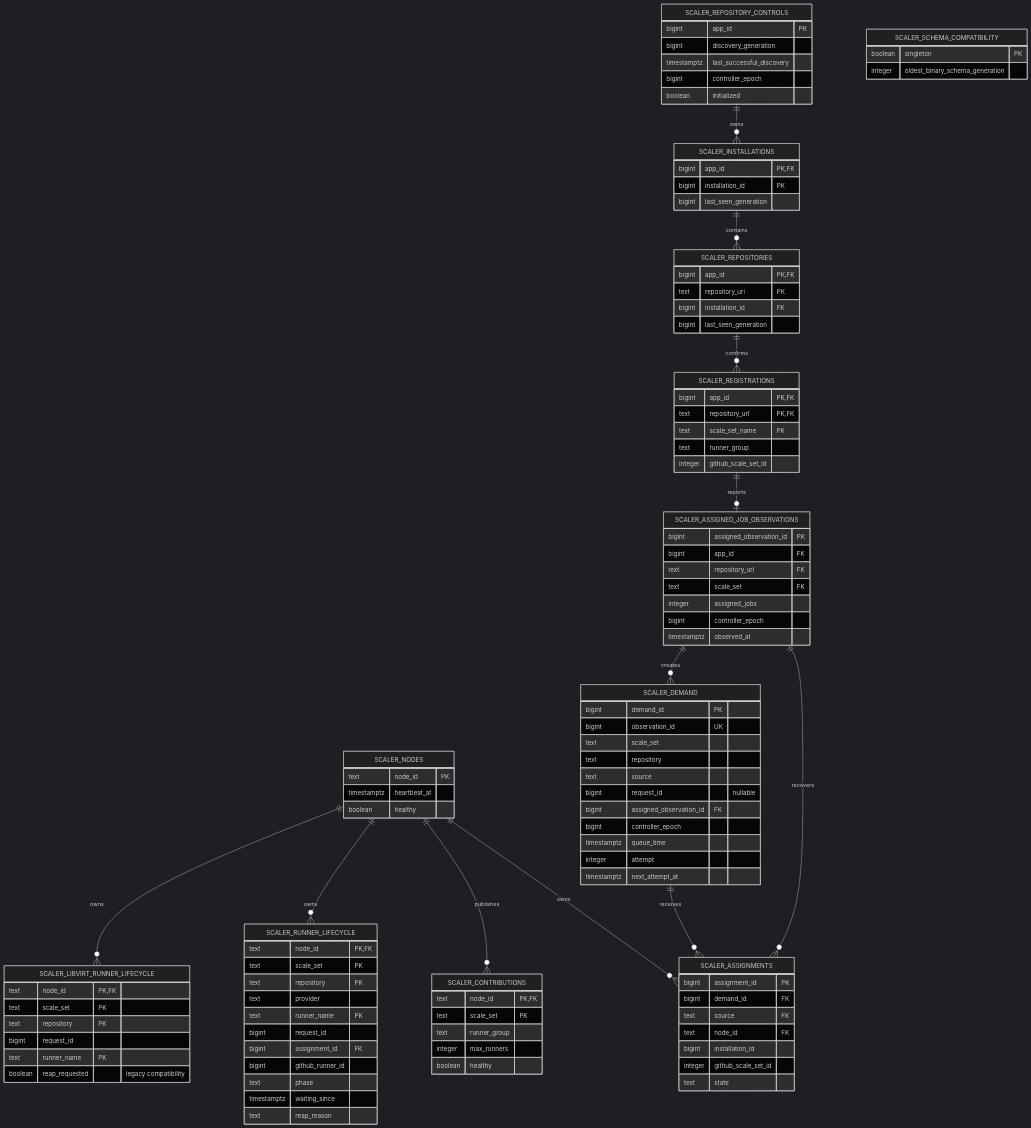
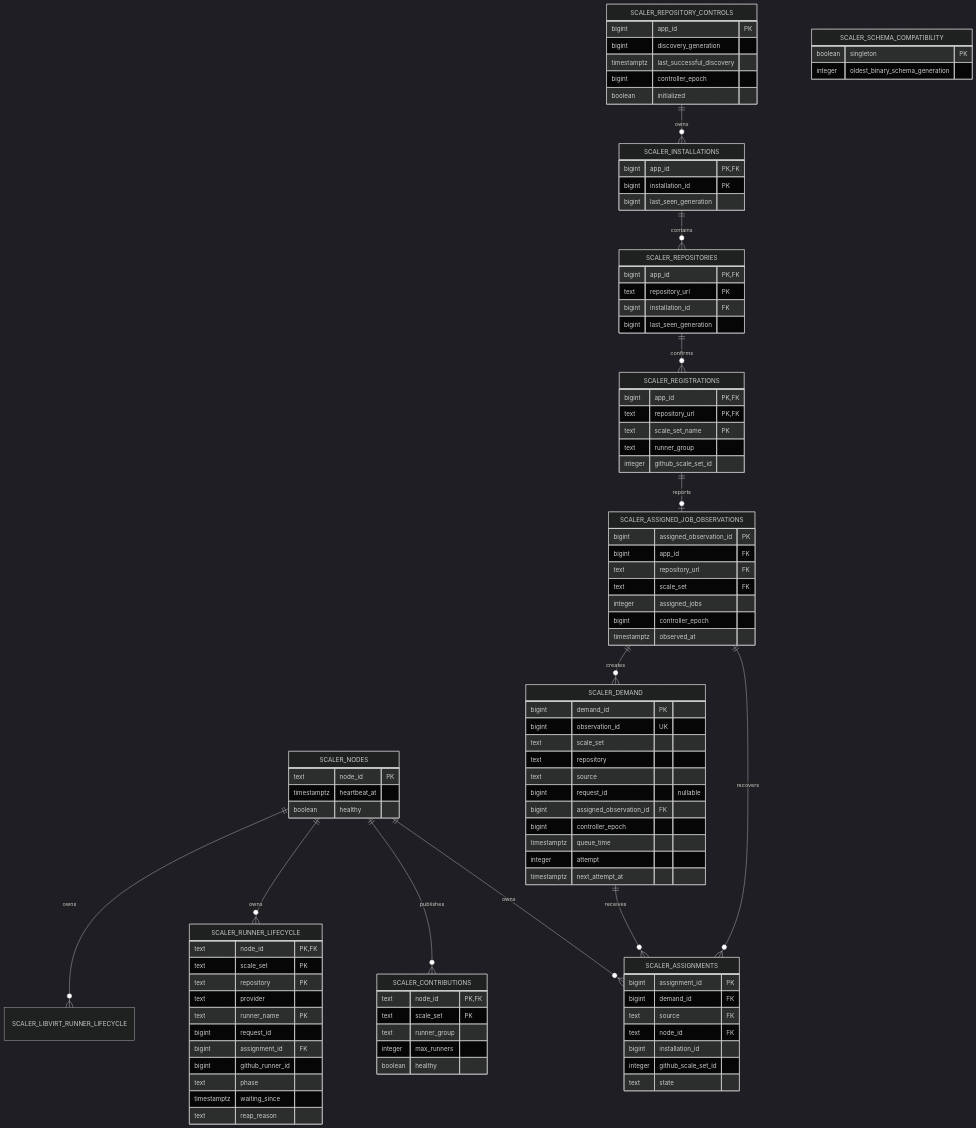
Before and after one commit to stateshifters/runnerfoundry: diagram 11 of 13 in docs/architecture.md, drawn with Mermaid (dark theme). The commit also changed other lines of this file and 94 other files, not shown here.

Commit message:
fix: retirement of the legacy libvirt lifecycle bridge. Generic lifecycle state is now the sole runtime and persistence authority for Docker and libvirt

````diff
--- a/docs/architecture.md
+++ b/docs/architecture.md
@@ -583,12 +583,4 @@
         timestamptz waiting_since
         text reap_reason
     }
-    SCALER_LIBVIRT_RUNNER_LIFECYCLE {
-        text node_id PK, FK
-        text scale_set PK
-        text repository PK
-        bigint request_id
-        text runner_name PK
-        boolean reap_requested "legacy compatibility"
-    }
 ```
````
